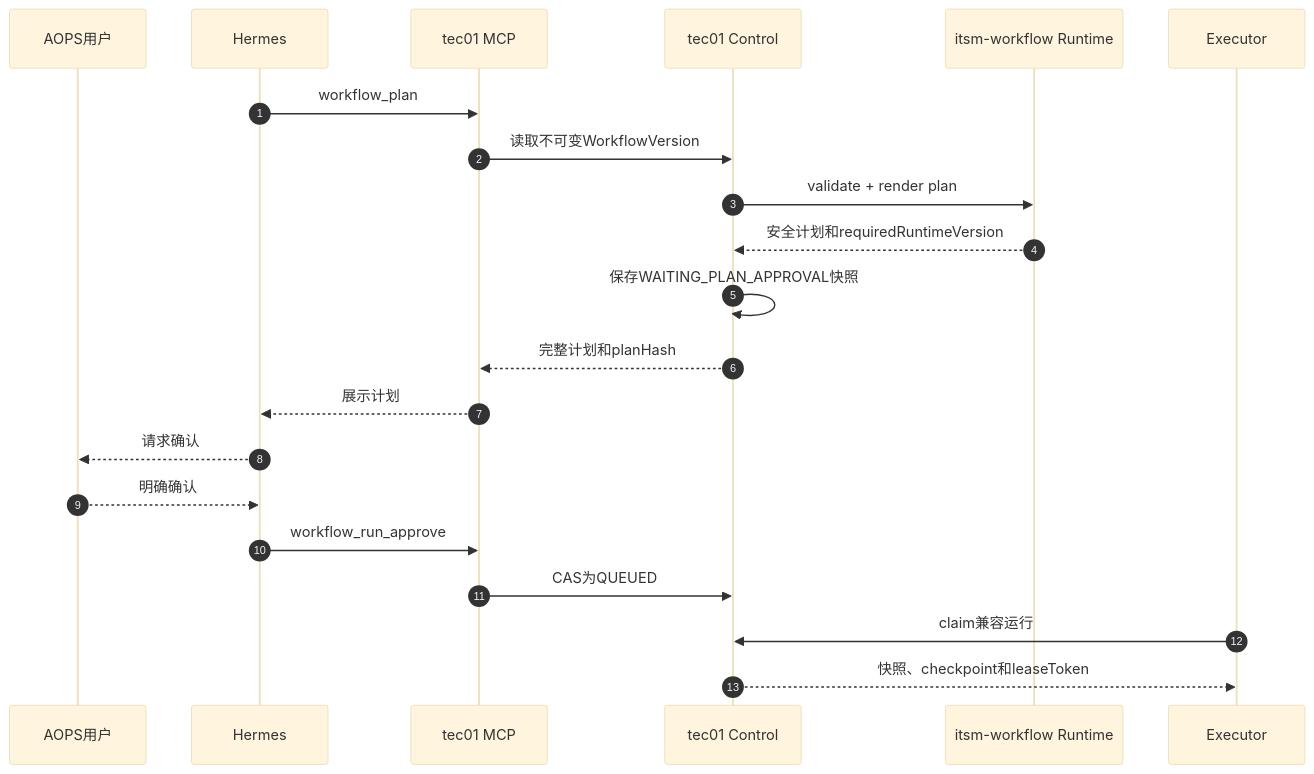
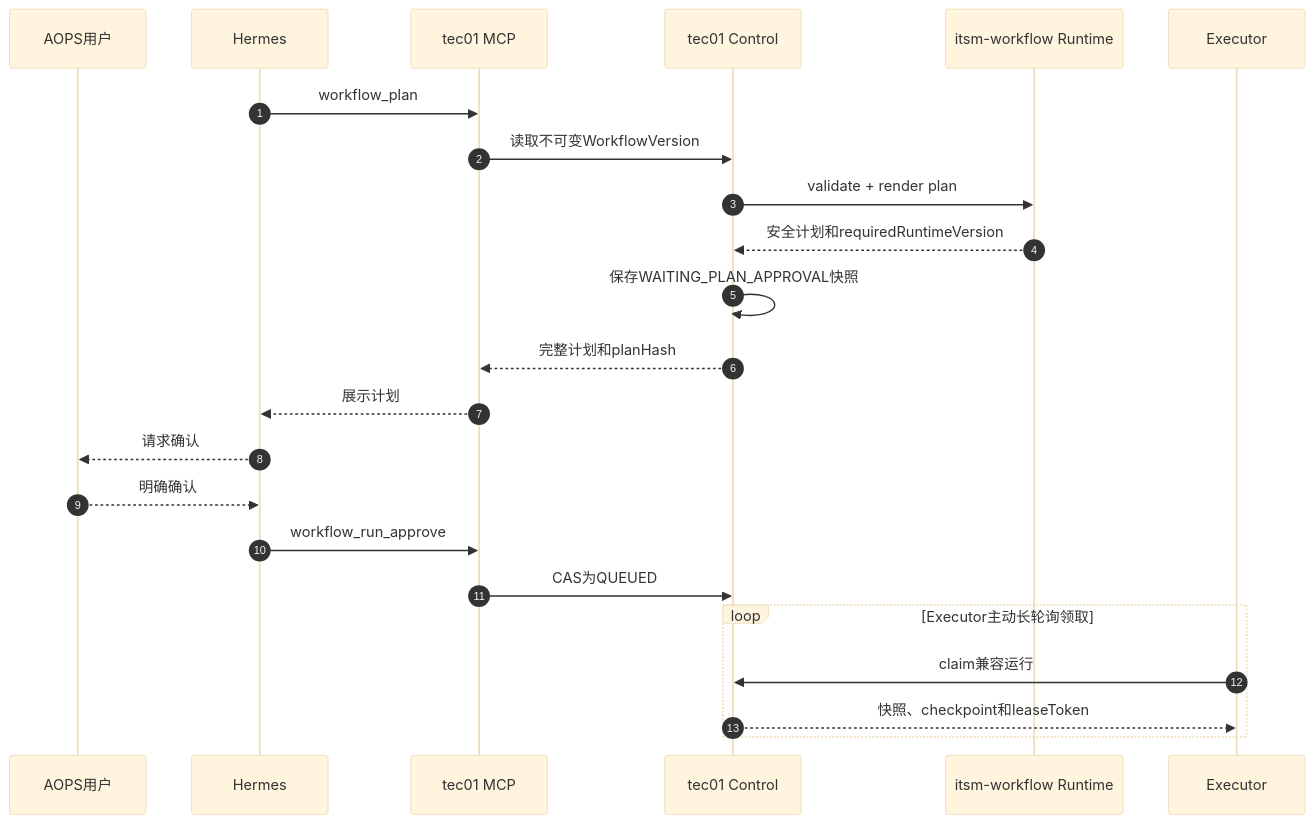
The fifth of 7 diagrams in docs/tec01-control-plane-split.md (armin1024/itsm-workflow), drawn with Mermaid (base theme) before and after one commit. The commit also changed other lines of this file and 1 other file, not shown here.

````diff
--- a/docs/tec01-control-plane-split.md
+++ b/docs/tec01-control-plane-split.md
@@ -401,24 +462,26 @@
 ```mermaid
 sequenceDiagram
     autonumber
     participant U as AOPS用户
     participant H as Hermes
     participant M as tec01 MCP
     participant T as tec01 Control
     participant R as itsm-workflow Runtime
     participant E as Executor
 
     H->>M: workflow_plan
     M->>T: 读取不可变WorkflowVersion
     T->>R: validate + render plan
     R-->>T: 安全计划和requiredRuntimeVersion
     T->>T: 保存WAITING_PLAN_APPROVAL快照
     T-->>M: 完整计划和planHash
     M-->>H: 展示计划
     H-->>U: 请求确认
     U-->>H: 明确确认
     H->>M: workflow_run_approve
     M->>T: CAS为QUEUED
-    E->>T: claim兼容运行
-    T-->>E: 快照、checkpoint和leaseToken
+    loop Executor主动长轮询领取
+        E->>T: claim兼容运行
+        T-->>E: 快照、checkpoint和leaseToken
+    end
 ```
````
